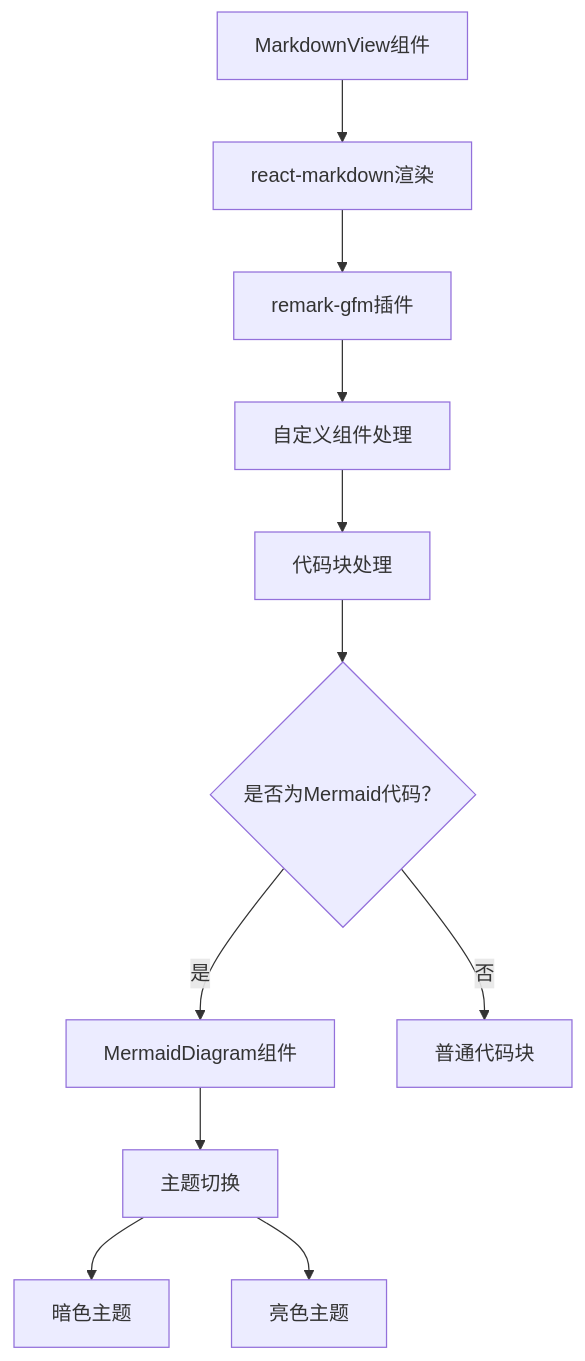
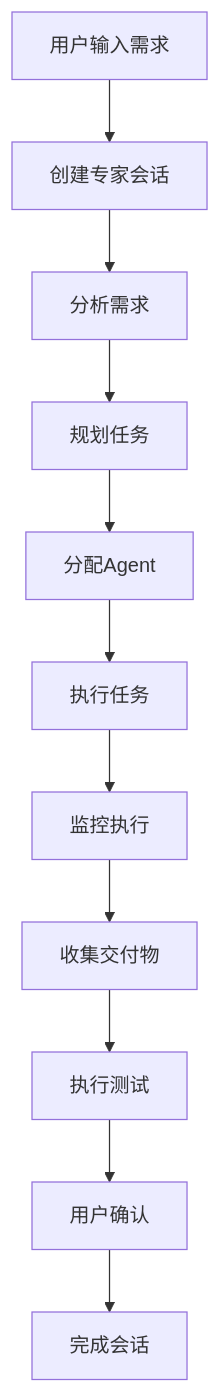
Before and after one commit to coconilu/RepoHelm: diagram 17 of 22 in .qoder/repowiki/zh/content/Web 前端应用/Web 前端应用.md, drawn with Mermaid. The commit also changed other lines of this file and 14 other files, not shown here.

````diff
--- a/.qoder/repowiki/zh/content/Web 前端应用/Web 前端应用.md
+++ b/.qoder/repowiki/zh/content/Web 前端应用/Web 前端应用.md
@@ -736,13 +1190,13 @@
 ```mermaid
 flowchart TD
-MarkdownView["MarkdownView组件"] --> ReactMarkdown["react-markdown渲染"]
-ReactMarkdown --> RemarkGfm["remark-gfm插件"]
-RemarkGfm --> CustomComponents["自定义组件处理"]
-CustomComponents --> CodeBlock["代码块处理"]
-CodeBlock --> MermaidCheck{"是否为Mermaid代码？"}
-MermaidCheck --> |是| MermaidDiagram["MermaidDiagram组件"]
-MermaidCheck --> |否| NormalCode["普通代码块"]
-MermaidDiagram --> ThemeSwitch["主题切换"]
-ThemeSwitch --> DarkTheme["暗色主题"]
-ThemeSwitch --> LightTheme["亮色主题"]
+UserInput["用户输入需求"] --> CreateSession["创建专家会话"]
+CreateSession --> Analyze["分析需求"]
+Analyze --> PlanTasks["规划任务"]
+PlanTasks --> AssignAgents["分配Agent"]
+AssignAgents --> Execute["执行任务"]
+Execute --> Monitor["监控执行"]
+Monitor --> CollectArtifacts["收集交付物"]
+CollectArtifacts --> RunTests["执行测试"]
+RunTests --> Confirm["用户确认"]
+Confirm --> Complete["完成会话"]
 ```
````
